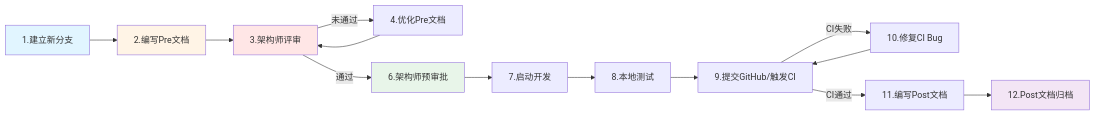
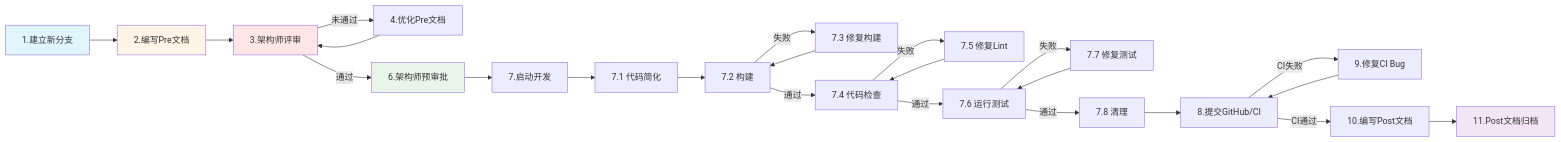
Before and after one commit to jzhang405/NexKV: the third of 6 diagrams in CLAUDE.MD, drawn with Mermaid. The commit also changed other lines of this file and 16 other files, not shown here.

````diff
--- a/CLAUDE.MD
+++ b/CLAUDE.MD
@@ -489,21 +489,31 @@
 ```mermaid
 flowchart LR
     A[1.建立新分支] --> B[2.编写Pre文档]
     B --> C[3.架构师评审]
     C -->|未通过| D[4.优化Pre文档]
     D --> C
     C -->|通过| E[6.架构师预审批]
     E --> F[7.启动开发]
-    F --> G[8.本地测试]
-    G --> H[9.提交GitHub/触发CI]
-    H -->|CI失败| I[10.修复CI Bug]
+    F --> G[7.1 代码简化]
+    G --> H[7.2 构建]
+    H -->|失败| I[7.3 修复构建]
     I --> H
-    H -->|CI通过| J[11.编写Post文档]
-    J --> K[12.Post文档归档]
+    H -->|通过| J[7.4 代码检查]
+    J -->|失败| K[7.5 修复Lint]
+    K --> J
+    J -->|通过| L[7.6 运行测试]
+    L -->|失败| M[7.7 修复测试]
+    M --> L
+    L -->|通过| N[7.8 清理]
+    N --> O[8.提交GitHub/CI]
+    O -->|CI失败| P[9.修复CI Bug]
+    P --> O
+    O -->|CI通过| Q[10.编写Post文档]
+    Q --> R[11.Post文档归档]
 
     style A fill:#e1f5ff
     style B fill:#fff4e6
     style C fill:#ffe6e6
     style E fill:#e8f5e9
-    style K fill:#f3e5f5
+    style R fill:#f3e5f5
 ```
````
